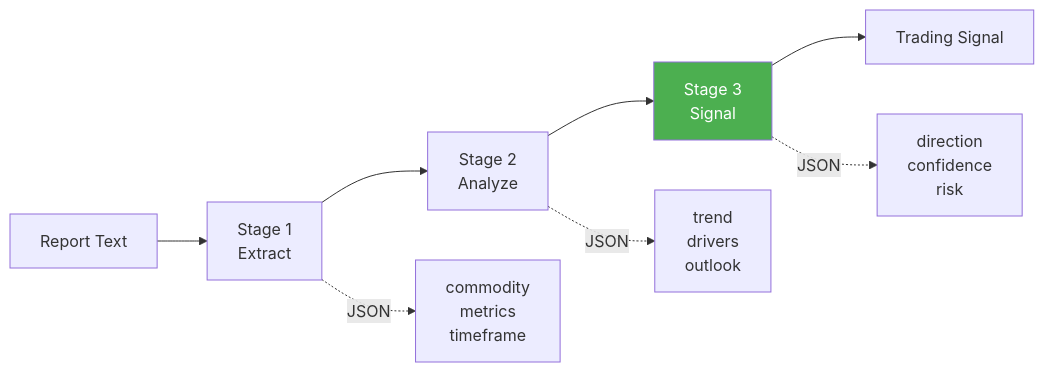
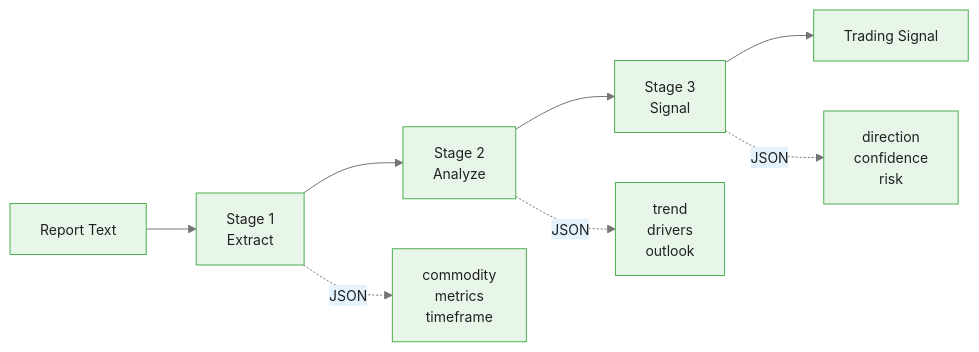
The fourth of 4 diagrams in courses/dataiku-genai/modules/module_03_custom/guides/01_python_recipes_slides.md (m-deane/course-creator), drawn with Mermaid before and after one commit. The commit also changed other lines of this file and 54 other files, not shown here.

````diff
--- a/courses/dataiku-genai/modules/module_03_custom/guides/01_python_recipes_slides.md
+++ b/courses/dataiku-genai/modules/module_03_custom/guides/01_python_recipes_slides.md
@@ -318,13 +317,12 @@
 ```mermaid
+%%{init: {"theme": "base", "themeVariables": {"primaryColor": "#e8f5e9", "primaryBorderColor": "#4caf50", "primaryTextColor": "#212121", "secondaryColor": "#e3f2fd", "tertiaryColor": "#fff8e1", "lineColor": "#757575", "fontFamily": "Inter, sans-serif", "fontSize": "14px"}}}%%
 flowchart LR
     REP[Report Text] --> S1[Stage 1<br/>Extract]
     S1 --> S2[Stage 2<br/>Analyze]
     S2 --> S3[Stage 3<br/>Signal]
     S3 --> OUT[Trading Signal]
 
     S1 -.->|JSON| D1[commodity<br/>metrics<br/>timeframe]
     S2 -.->|JSON| D2[trend<br/>drivers<br/>outlook]
     S3 -.->|JSON| D3[direction<br/>confidence<br/>risk]
-
-    style S3 fill:#4CAF50,color:#fff
 ```
````
